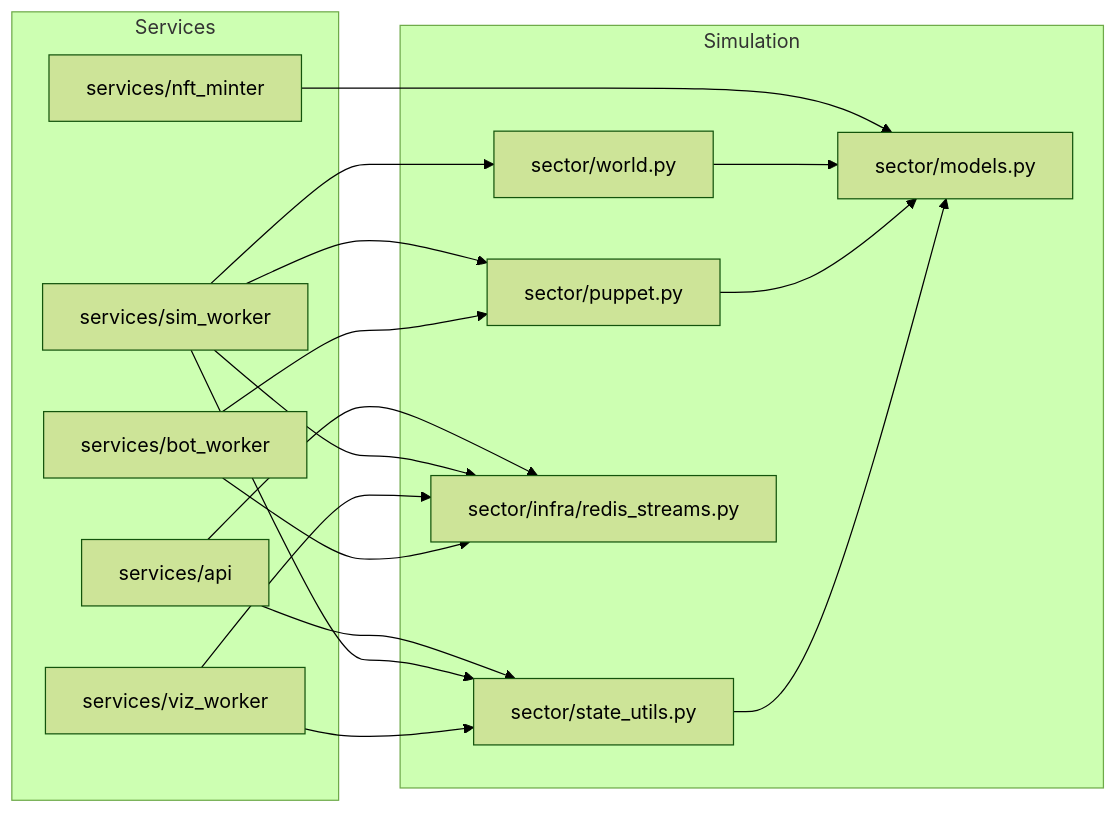
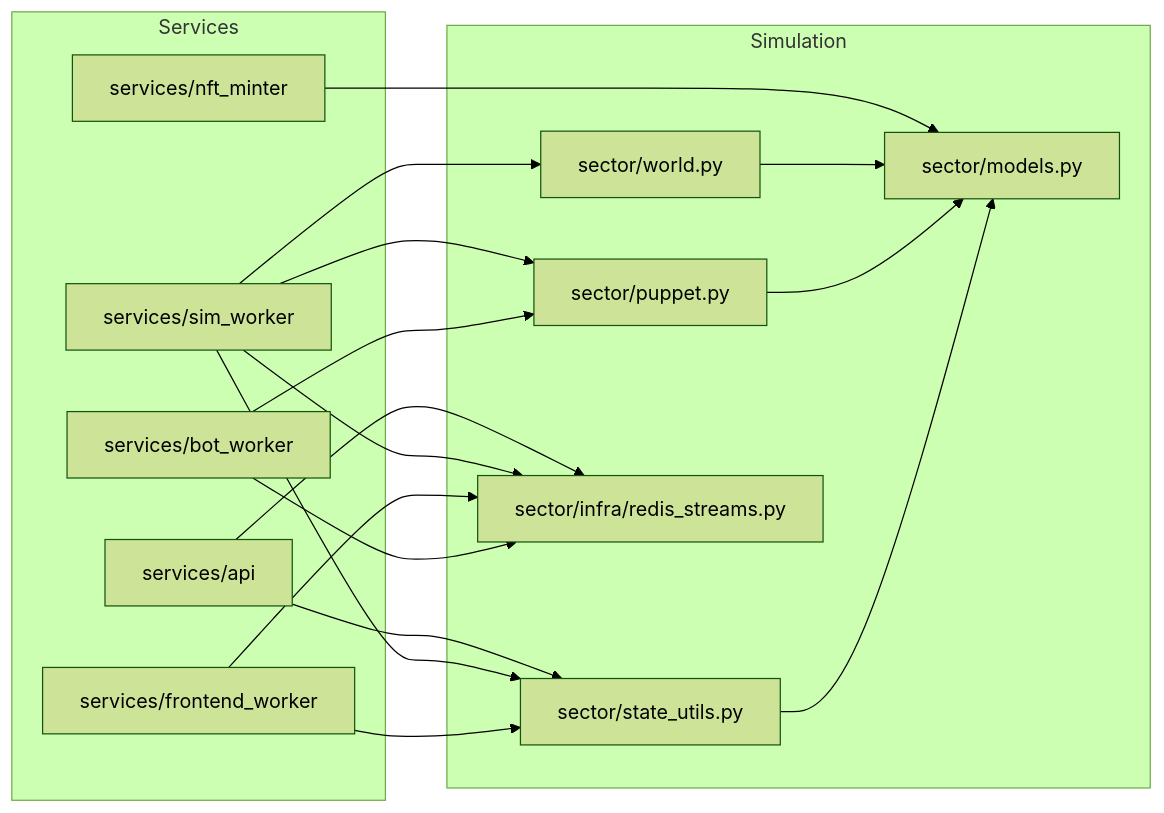
One commit to jseketa-fipu/sector changed the fourth of 4 diagrams in README.md. Above: the diagram before and after it, drawn with Mermaid (forest theme). The commit also changed other lines of this file and 8 other files, not shown here.

Commit message:
Refactored everything from viz to frontend.

````diff
--- a/README.md
+++ b/README.md
@@ -225,33 +225,33 @@
 ```mermaid
 flowchart LR
   subgraph Services
     API_CODE[services/api]
     WORKER_CODE[services/sim_worker]
-    VIZ_CODE[services/viz_worker]
+    FRONTEND_CODE[services/frontend_worker]
     BOT_CODE[services/bot_worker]
     MINTER_CODE[services/nft_minter]
   end
 
   subgraph Simulation
     WORLD[sector/world.py]
     PUPPET[sector/puppet.py]
     STATE[sector/state_utils.py]
     MODELS[sector/models.py]
     STREAMS[sector/infra/redis_streams.py]
   end
 
   API_CODE --> STATE
   API_CODE --> STREAMS
   WORKER_CODE --> WORLD
   WORKER_CODE --> PUPPET
   WORKER_CODE --> STATE
   WORKER_CODE --> STREAMS
-  VIZ_CODE --> STATE
-  VIZ_CODE --> STREAMS
+  FRONTEND_CODE --> STATE
+  FRONTEND_CODE --> STREAMS
   BOT_CODE --> PUPPET
   BOT_CODE --> STREAMS
   MINTER_CODE --> MODELS
   WORLD --> MODELS
   PUPPET --> MODELS
   STATE --> MODELS
 ```
````
